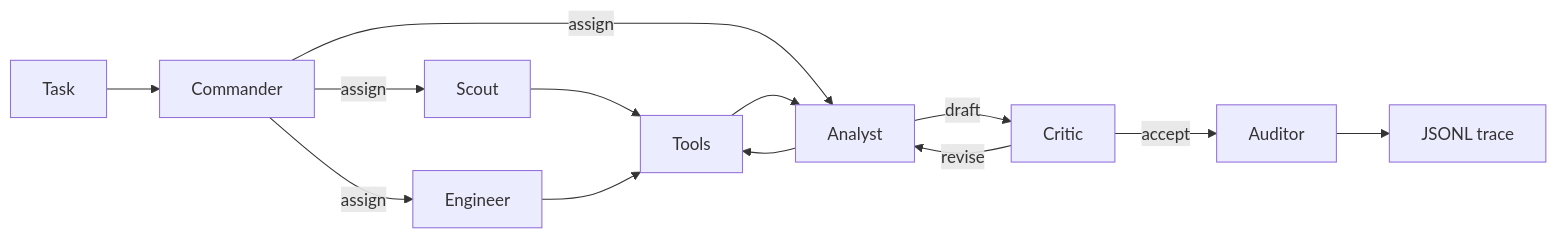
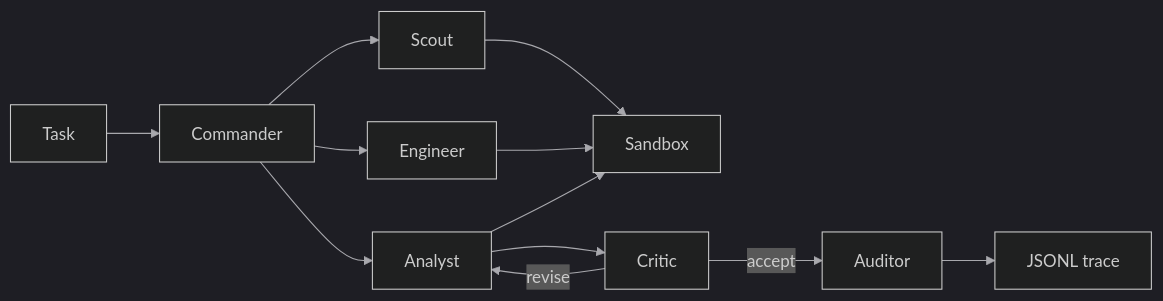
Before and after one commit to shmorsi/orbit-multi-agent: the second of 2 diagrams in README.md, drawn with Mermaid. The commit also changed other lines of this file and 35 other files, not shown here.

````diff
--- a/README.md
+++ b/README.md
@@ -85,15 +84,15 @@
 ```mermaid
+%%{init: {"theme": "dark", "themeVariables": {"background": "#000000", "primaryColor": "#000000", "primaryTextColor": "#f5f5f7", "primaryBorderColor": "#a8a8ad", "lineColor": "#a8a8ad", "fontFamily": "Inter Tight, Helvetica, Arial, sans-serif"}}}%%
 flowchart LR
   task[Task] --> commander[Commander]
-  commander -->|assign| scout[Scout]
-  commander -->|assign| engineer[Engineer]
-  commander -->|assign| analyst[Analyst]
-  scout --> tools[Tools]
+  commander --> scout[Scout]
+  commander --> engineer[Engineer]
+  commander --> analyst[Analyst]
+  scout --> tools[Sandbox]
   engineer --> tools
   analyst --> tools
-  tools --> analyst
-  analyst -->|draft| critic[Critic]
+  analyst --> critic[Critic]
   critic -->|revise| analyst
   critic -->|accept| auditor[Auditor]
   auditor --> trace[JSONL trace]
 ```
````
